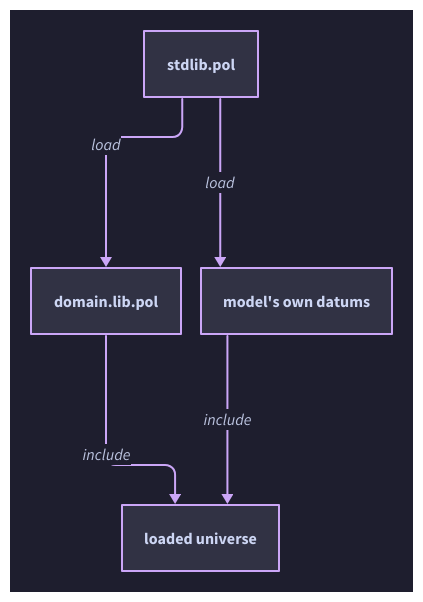
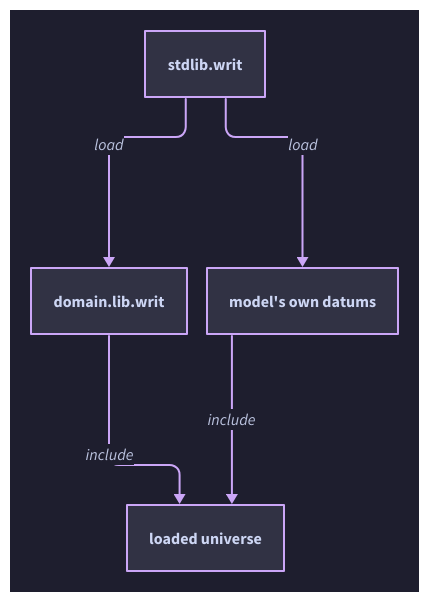
Before and after one commit to writ-lang/writ: the diagram in docs/diagrams/load-diamond.d2, drawn with D2. The commit also changed 186 other files, not shown here.

First line of the commit message:
rename: pol becomes writ

```diff
--- a/docs/diagrams/load-diamond.d2
+++ b/docs/diagrams/load-diamond.d2
@@ -1,16 +1,16 @@
 vars: {
   d2-config: {
     layout-engine: elk
     theme-id: 200
   }
 }
 
-stdlib: stdlib.pol
-domain: domain.lib.pol
+stdlib: stdlib.writ
+domain: domain.lib.writ
 own: "model's own datums"
 universe: loaded universe
 
 stdlib -> domain: load
 stdlib -> own: load
 domain -> universe: include
 own -> universe: include
```
